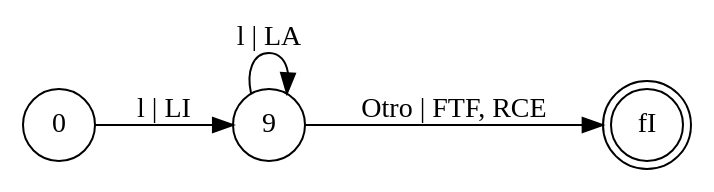
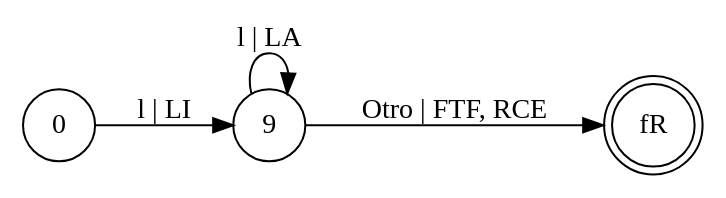
One commit to iroumec/RouVel-Compiler changed the diagram in resources/diagrams/finite-automatoms/individual-units/reservedWords.dot. Above: the diagram before and after it, drawn with Graphviz. The commit also changed 10 other files, not shown here.

```diff
--- a/resources/diagrams/finite-automatoms/individual-units/reservedWords.dot
+++ b/resources/diagrams/finite-automatoms/individual-units/reservedWords.dot
@@ -1,10 +1,10 @@
 digraph DFA {
     rankdir = LR;
     node [shape = circle;];
-    fI [shape = doublecircle;];
+    fR [shape = doublecircle;];
     // No hay posible error.
     
     0 -> 9 [label = "l | LI";];
     9 -> 9 [label = "l | LA";];
-    9 -> fI [label = "Otro | FTF, RCE";];
+    9 -> fR [label = "Otro | FTF, RCE";];
 }
```
